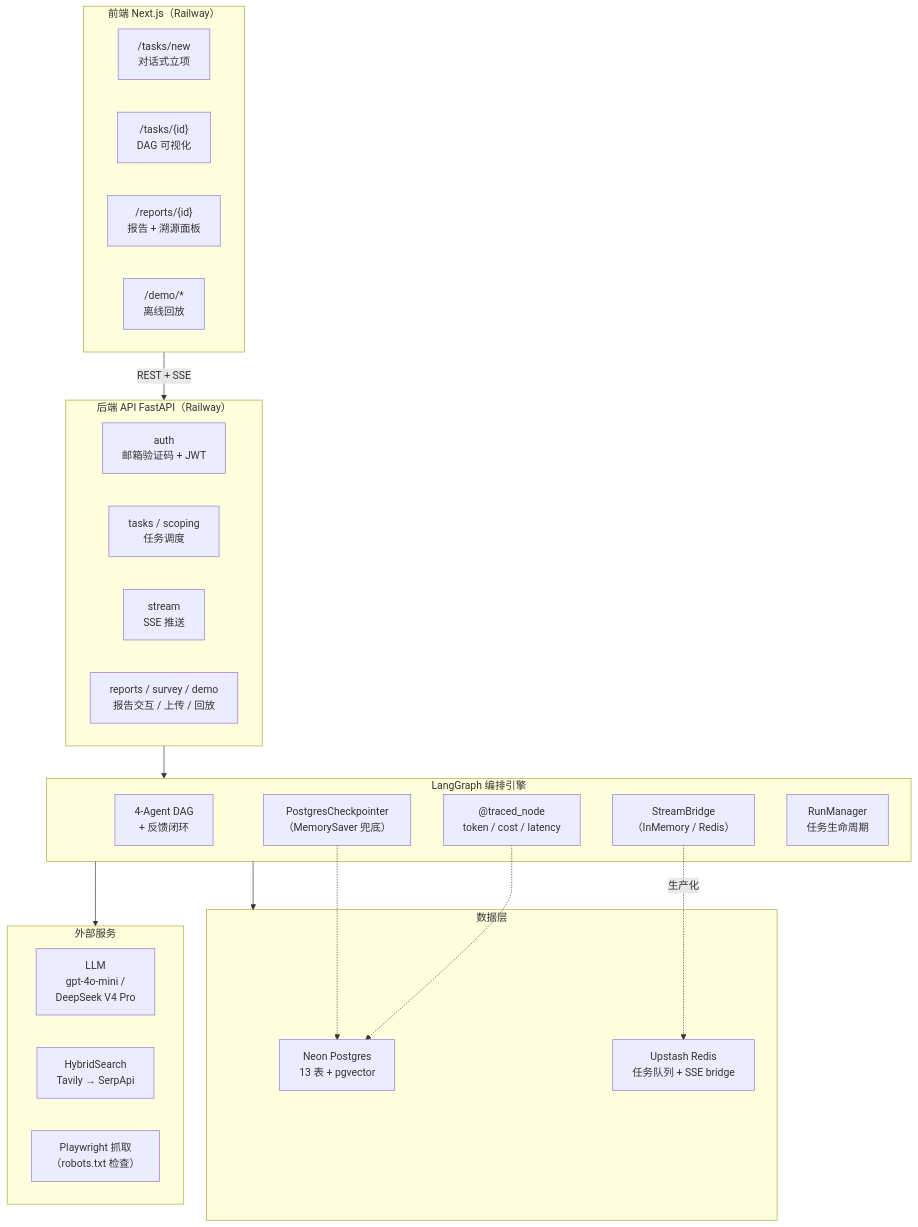
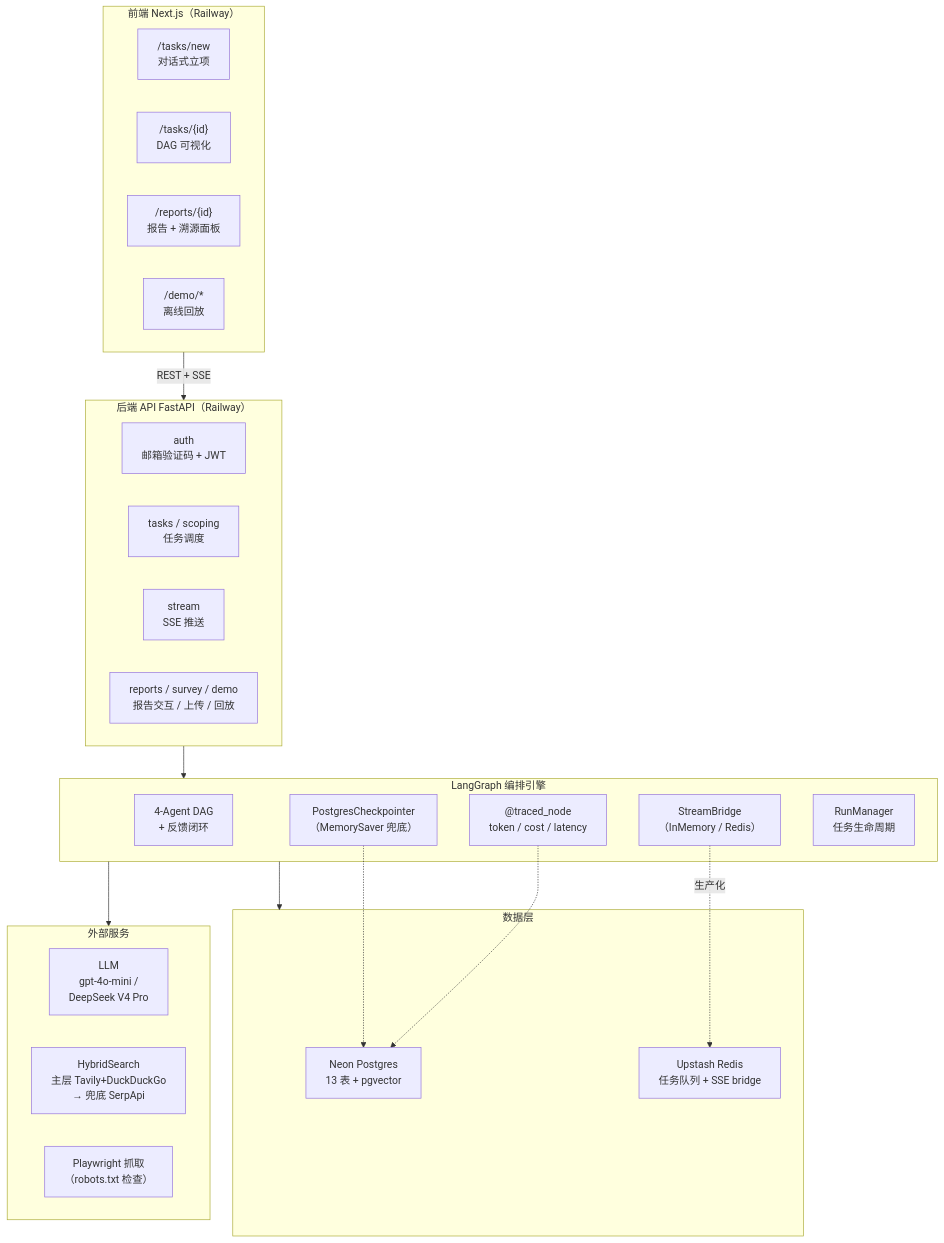
One commit to XuZiHan-010/competitor_analysis changed the first of 2 diagrams in docs/architecture.md. Above: the diagram before and after it, drawn with Mermaid. The commit also changed other lines of this file and 42 other files, not shown here.

````diff
--- a/docs/architecture.md
+++ b/docs/architecture.md
@@ -33,43 +33,43 @@
 ```mermaid
 flowchart TB
     subgraph FE["前端 Next.js（Railway）"]
         P1["/tasks/new<br/>对话式立项"]
         P2["/tasks/{id}<br/>DAG 可视化"]
         P3["/reports/{id}<br/>报告 + 溯源面板"]
         P4["/demo/*<br/>离线回放"]
     end
 
     subgraph API["后端 API FastAPI（Railway）"]
         R1["auth<br/>邮箱验证码 + JWT"]
         R2["tasks / scoping<br/>任务调度"]
         R3["stream<br/>SSE 推送"]
         R4["reports / survey / demo<br/>报告交互 / 上传 / 回放"]
     end
 
     subgraph ORCH["LangGraph 编排引擎"]
         WF["4-Agent DAG<br/>+ 反馈闭环"]
         CKPT["PostgresCheckpointer<br/>（MemorySaver 兜底）"]
         TN["@traced_node<br/>token / cost / latency"]
         SB["StreamBridge<br/>（InMemory / Redis）"]
         RM["RunManager<br/>任务生命周期"]
     end
 
     subgraph EXT["外部服务"]
         LLM["LLM<br/>gpt-4o-mini /<br/>DeepSeek V4 Pro"]
-        SRCH["HybridSearch<br/>Tavily → SerpApi"]
+        SRCH["HybridSearch<br/>主层 Tavily+DuckDuckGo<br/>→ 兜底 SerpApi"]
         SCR["Playwright 抓取<br/>（robots.txt 检查）"]
     end
 
     subgraph DATA["数据层"]
         PG["Neon Postgres<br/>13 表 + pgvector"]
         RD["Upstash Redis<br/>任务队列 + SSE bridge"]
     end
 
     FE -->|REST + SSE| API
     API --> ORCH
     ORCH --> EXT
     ORCH --> DATA
     SB -. 生产化 .-> RD
     CKPT -.-> PG
     TN -.-> PG
 ```
````
